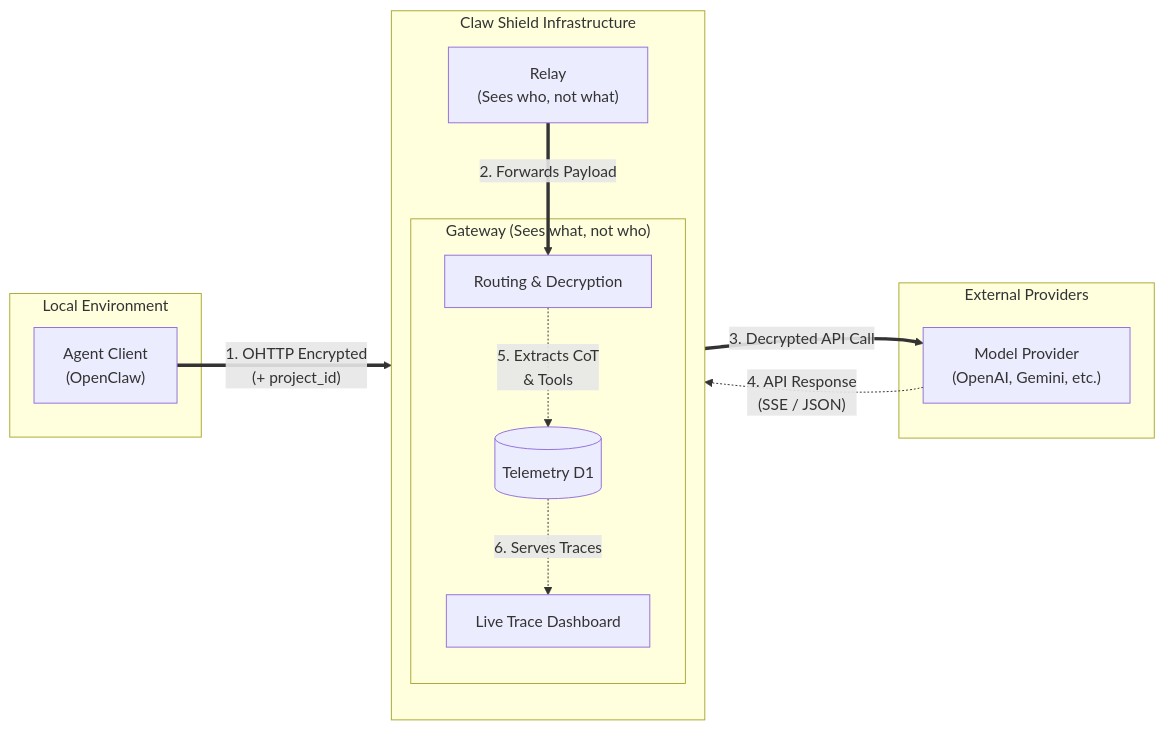
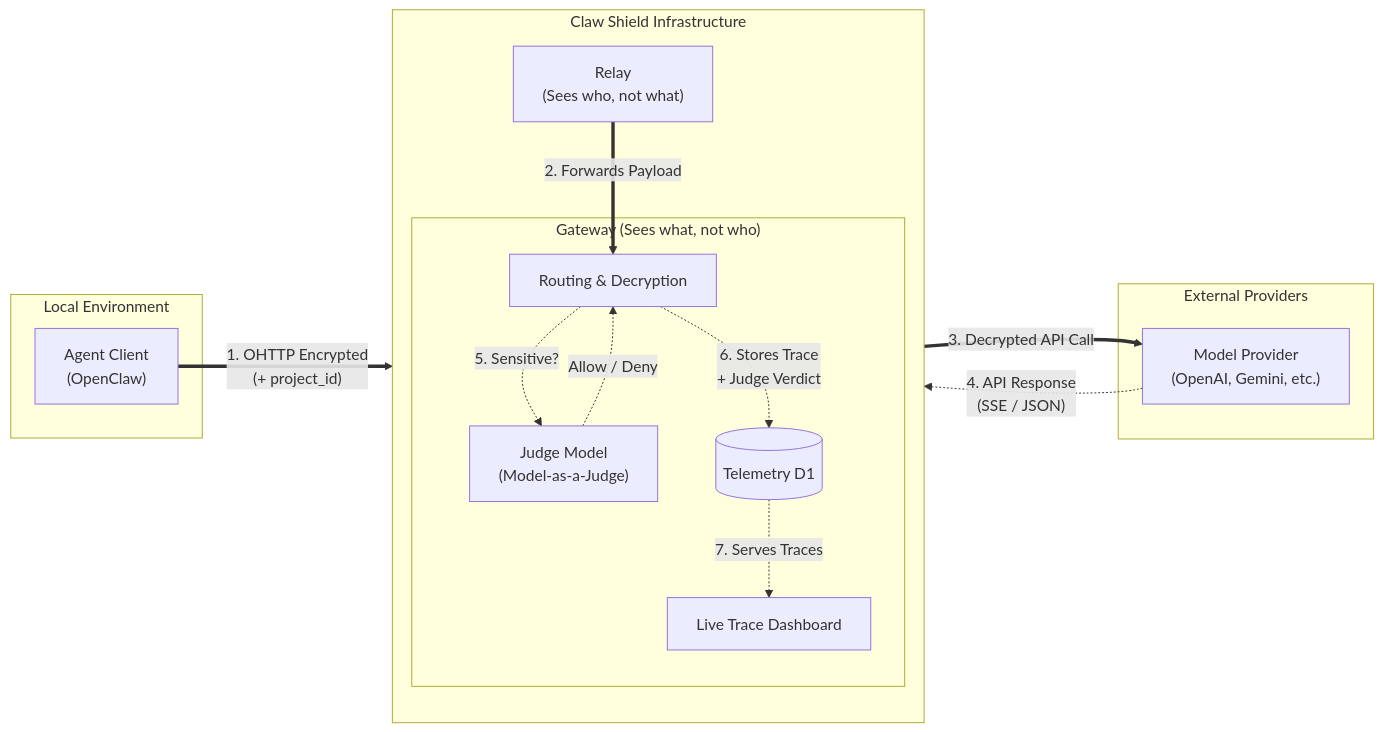
The diagram in README.md (xinxin7/claw-shield), drawn with Mermaid before and after one commit. The commit also changed other lines of this file and 9 other files, not shown here.

Commit message:
Implement model-as-a-judge

````diff
--- a/README.md
+++ b/README.md
@@ -88,28 +91,31 @@
 ```mermaid
 flowchart LR
     subgraph Local["Local Environment"]
         Agent["Agent Client<br/>(OpenClaw)"]
     end
 
     subgraph Shield["Claw Shield Infrastructure"]
         direction TB
         Relay["Relay<br/>(Sees who, not what)"]
         
         subgraph GW["Gateway (Sees what, not who)"]
             GatewayNode["Routing & Decryption"]
+            Judge["Judge Model<br/>(Model-as-a-Judge)"]
             DB[("Telemetry D1")]
             Dashboard["Live Trace Dashboard"]
         end
     end
 
     subgraph API["External Providers"]
         Provider["Model Provider<br/>(OpenAI, Gemini, etc.)"]
     end
 
     Agent == "1. OHTTP Encrypted<br/>(+ project_id)" ==> Relay
     Relay == "2. Forwards Payload" ==> GatewayNode
     GatewayNode == "3. Decrypted API Call" ==> Provider
     Provider -. "4. API Response<br/>(SSE / JSON)" .-> GatewayNode
-    GatewayNode -. "5. Extracts CoT<br/>& Tools" .-> DB
-    DB -. "6. Serves Traces" .-> Dashboard
+    GatewayNode -. "5. Sensitive?" .-> Judge
+    Judge -. "Allow / Deny" .-> GatewayNode
+    GatewayNode -. "6. Stores Trace<br/>+ Judge Verdict" .-> DB
+    DB -. "7. Serves Traces" .-> Dashboard
 ```
````
